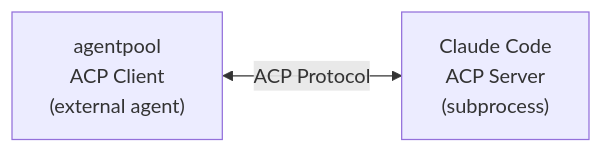
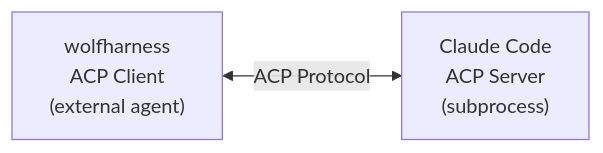
One commit to Leoyzen/agentpool changed the second of 5 diagrams in docs/how-to/advanced/acp-integration.md. Above: the diagram before and after it, drawn with Mermaid. The commit also changed other lines of this file and 2168 other files, not shown here.

First line of the commit message:
refactor: rename agentpool to wolfharness (#358)

````diff
--- a/docs/how-to/advanced/acp-integration.md
+++ b/docs/how-to/advanced/acp-integration.md
@@ -124,4 +124,4 @@
 ```mermaid
 graph LR
-    A["agentpool<br/>ACP Client<br/>(external agent)"] <-->|ACP Protocol| B["Claude Code<br/>ACP Server<br/>(subprocess)"]
+    A["wolfharness<br/>ACP Client<br/>(external agent)"] <-->|ACP Protocol| B["Claude Code<br/>ACP Server<br/>(subprocess)"]
 ```
````
